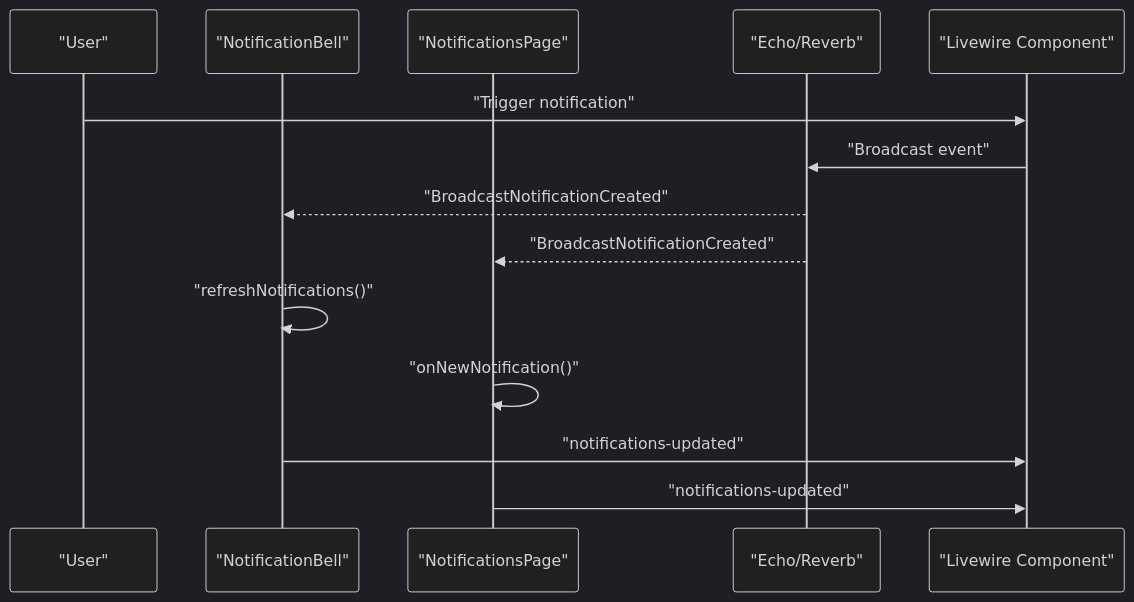
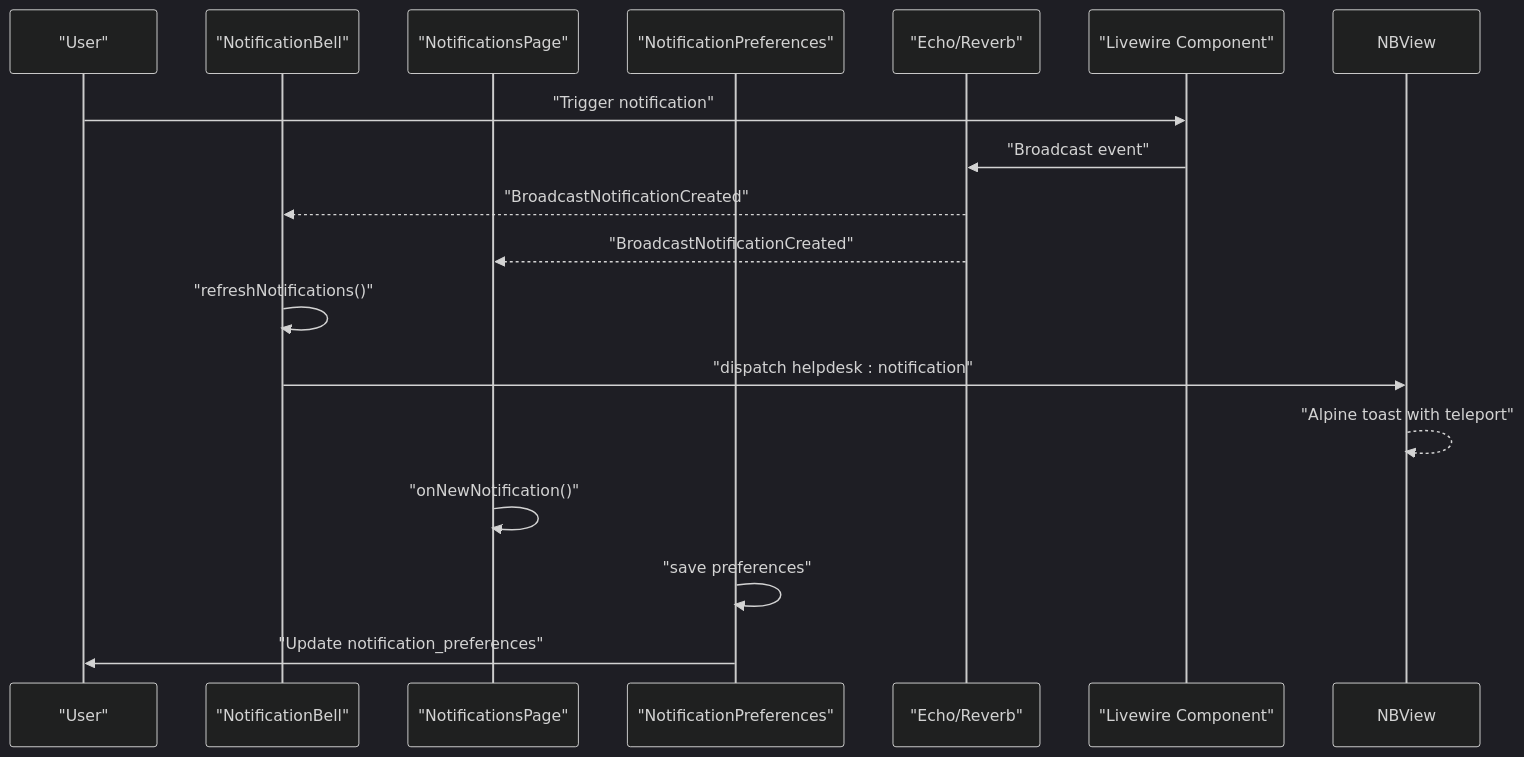
One commit to younesgamer68/helpdesk-system changed the seventh of 9 diagrams in .qoder/repowiki/en/content/Real-time Communication/Notification System.md. Above: the diagram before and after it, drawn with Mermaid (dark theme). The commit also changed other lines of this file and 12 other files, not shown here.

````diff
--- a/.qoder/repowiki/en/content/Real-time Communication/Notification System.md
+++ b/.qoder/repowiki/en/content/Real-time Communication/Notification System.md
@@ -332,16 +500,19 @@
 ```mermaid
 sequenceDiagram
 participant User as "User"
 participant NB as "NotificationBell"
 participant NP as "NotificationsPage"
+participant NPP as "NotificationPreferences"
 participant Echo as "Echo/Reverb"
 participant Comp as "Livewire Component"
 User->>Comp : "Trigger notification"
 Comp->>Echo : "Broadcast event"
 Echo-->>NB : "BroadcastNotificationCreated"
 Echo-->>NP : "BroadcastNotificationCreated"
 NB->>NB : "refreshNotifications()"
+NB->>NBView : "dispatch helpdesk : notification"
+NBView-->>NBView : "Alpine toast with teleport"
 NP->>NP : "onNewNotification()"
-NB->>Comp : "notifications-updated"
-NP->>Comp : "notifications-updated"
+NPP->>NPP : "save preferences"
+NPP->>User : "Update notification_preferences"
 ```
````
